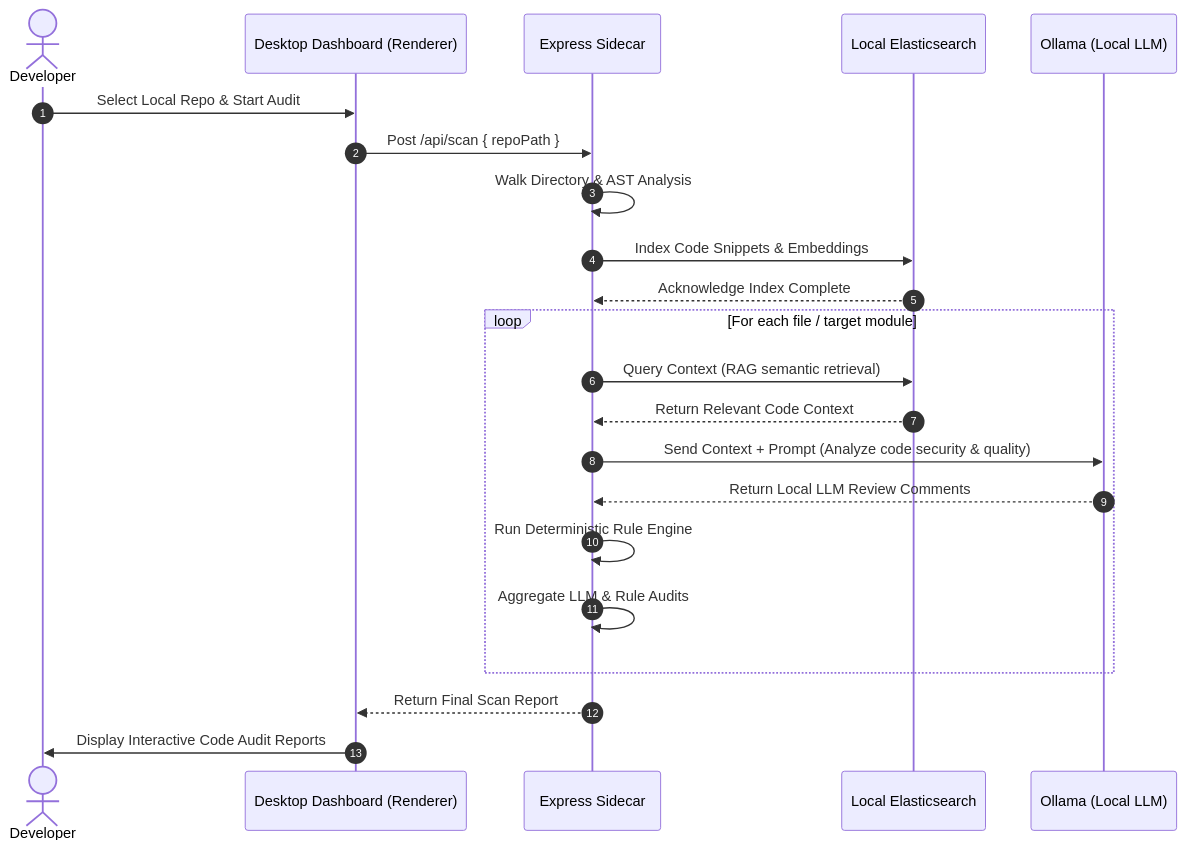
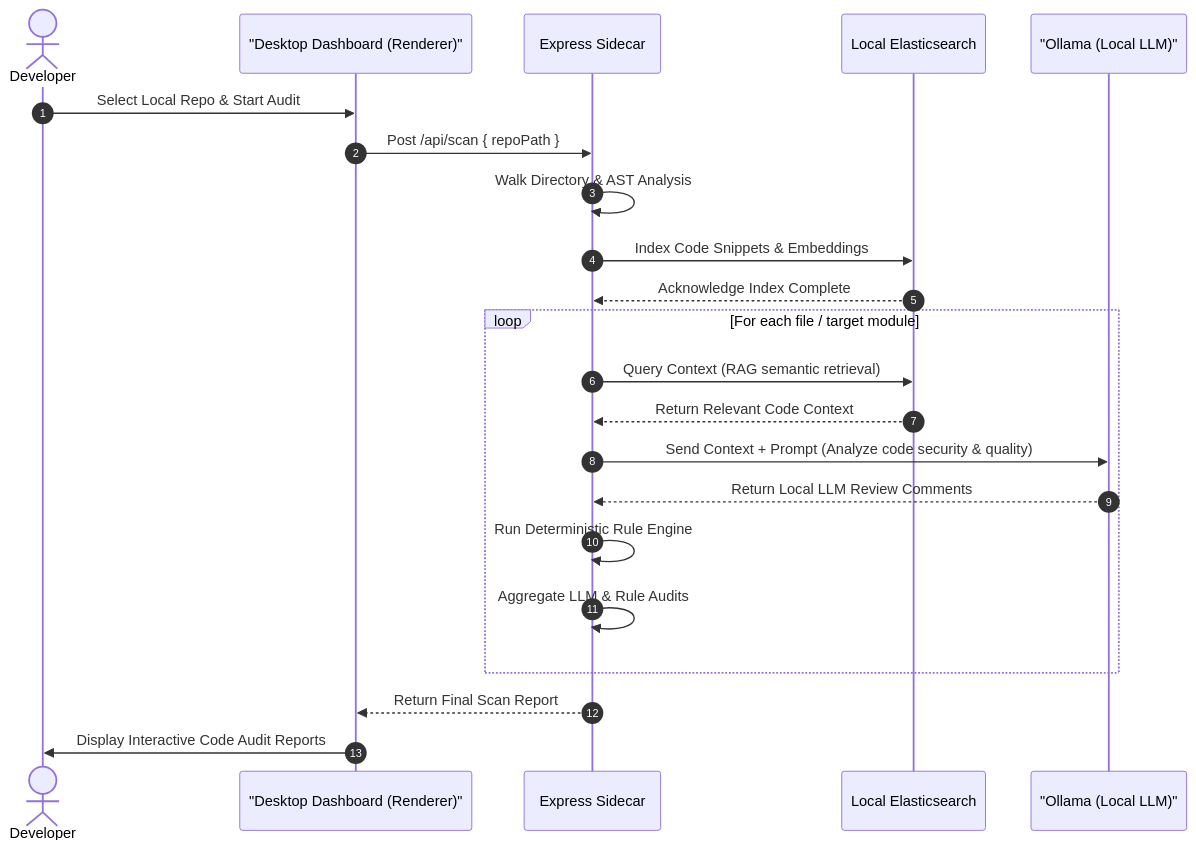
Before and after one commit to KhairnarLokesh/Compact-Desktop-Application-version: the second of 2 diagrams in README.md, drawn with Mermaid. The commit also changed other lines of this file, not shown here.

Commit message:
Fix: Wrap Mermaid labels in quotes to resolve parsing error

````diff
--- a/README.md
+++ b/README.md
@@ -65,27 +65,27 @@
 ```mermaid
 sequenceDiagram
     autonumber
     actor User as Developer
-    participant UI as Desktop Dashboard (Renderer)
+    participant UI as "Desktop Dashboard (Renderer)"
     participant Backend as Express Sidecar
     participant ES as Local Elasticsearch
-    participant LLM as Ollama (Local LLM)
+    participant LLM as "Ollama (Local LLM)"
     
     User->>UI: Select Local Repo & Start Audit
     UI->>Backend: Post /api/scan { repoPath }
     Backend->>Backend: Walk Directory & AST Analysis
     Backend->>ES: Index Code Snippets & Embeddings
     ES-->>Backend: Acknowledge Index Complete
     
     loop For each file / target module
         Backend->>ES: Query Context (RAG semantic retrieval)
         ES-->>Backend: Return Relevant Code Context
         Backend->>LLM: Send Context + Prompt (Analyze code security & quality)
         LLM-->>Backend: Return Local LLM Review Comments
         Backend->>Backend: Run Deterministic Rule Engine
         Backend->>Backend: Aggregate LLM & Rule Audits
     end
     
     Backend-->>UI: Return Final Scan Report
     UI->>User: Display Interactive Code Audit Reports
 ```
````
